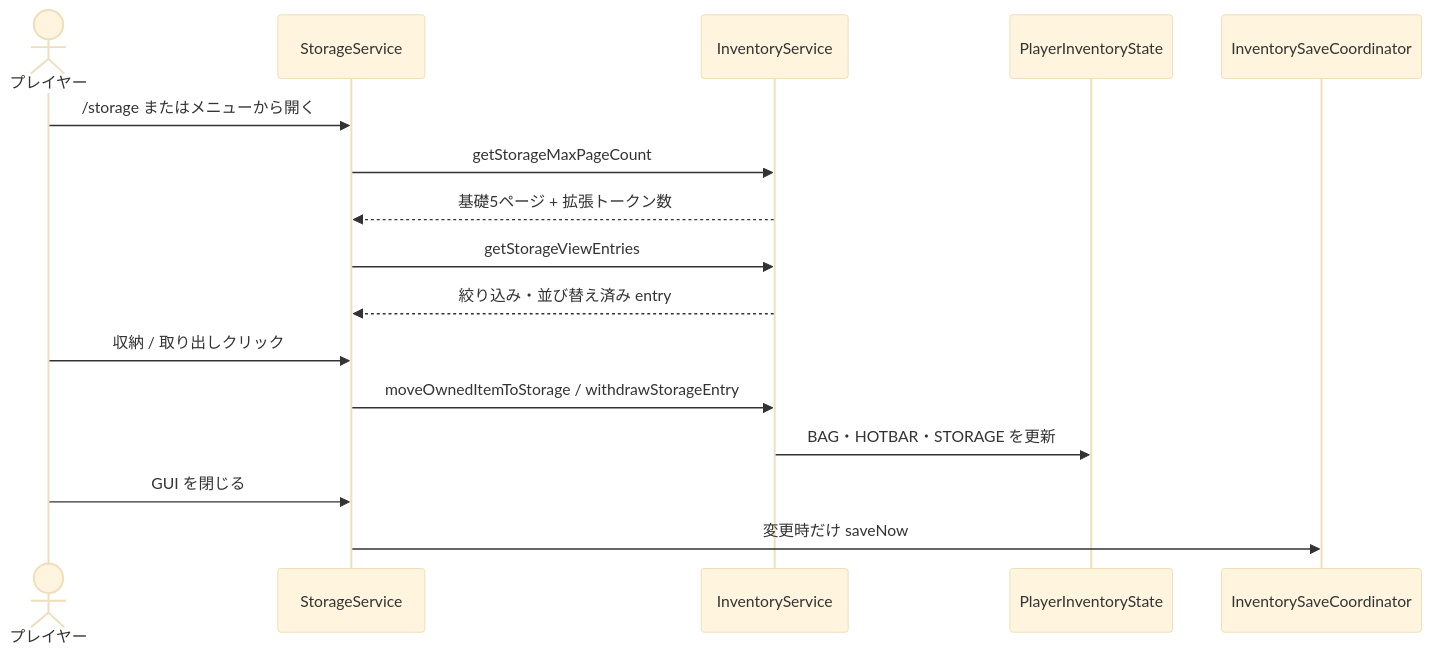
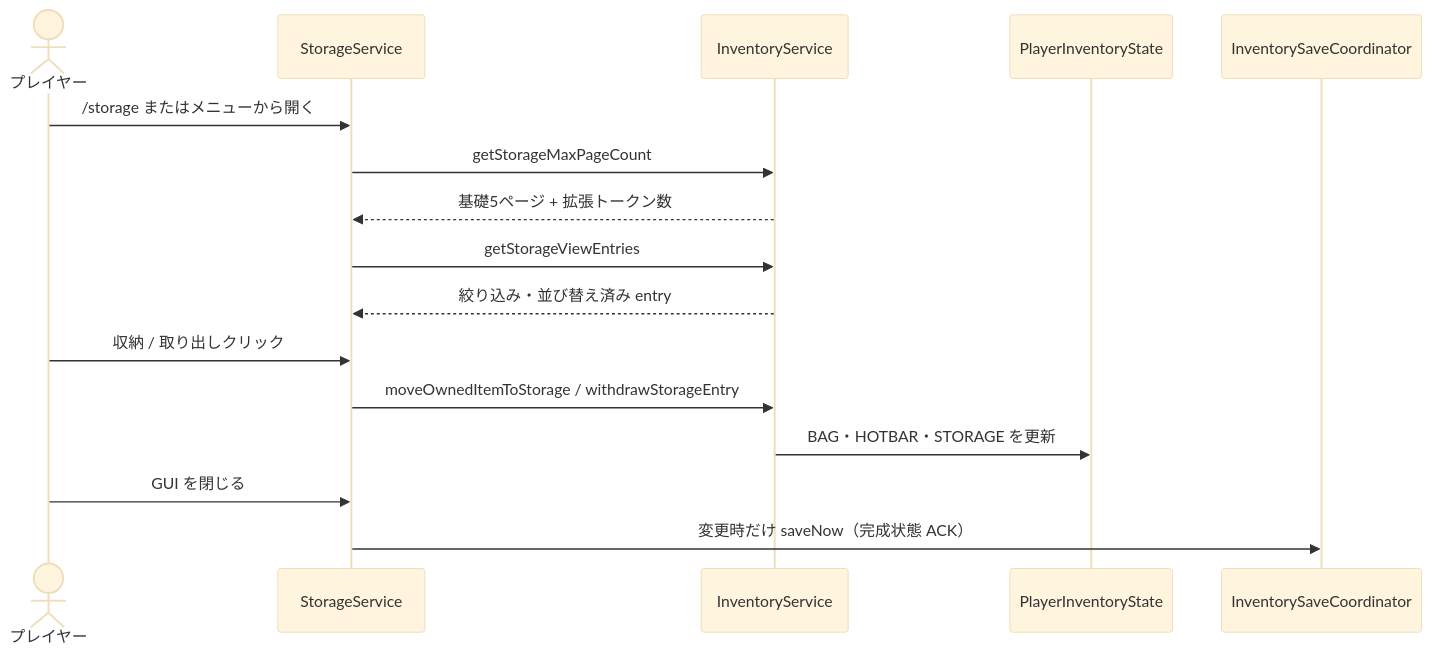
Before and after one commit to maaasu/AstralRecord-Workspace: the fourth of 4 diagrams in 00_docs/10_Plugin設計書/feature/08-inventory/08_4-統合フロー.md, drawn with Mermaid (base theme). The commit also changed other lines of this file and 213 other files, not shown here.

````diff
--- a/00_docs/10_Plugin設計書/feature/08-inventory/08_4-統合フロー.md
+++ b/00_docs/10_Plugin設計書/feature/08-inventory/08_4-統合フロー.md
@@ -108,19 +113,19 @@
 ```mermaid
 sequenceDiagram
     actor Player as プレイヤー
     participant Storage as StorageService
     participant Inventory as InventoryService
     participant State as PlayerInventoryState
     participant Coordinator as InventorySaveCoordinator
 
     Player->>Storage: /storage またはメニューから開く
     Storage->>Inventory: getStorageMaxPageCount
     Inventory-->>Storage: 基礎5ページ + 拡張トークン数
     Storage->>Inventory: getStorageViewEntries
     Inventory-->>Storage: 絞り込み・並び替え済み entry
     Player->>Storage: 収納 / 取り出しクリック
     Storage->>Inventory: moveOwnedItemToStorage / withdrawStorageEntry
     Inventory->>State: BAG・HOTBAR・STORAGE を更新
     Player->>Storage: GUI を閉じる
-    Storage->>Coordinator: 変更時だけ saveNow
+    Storage->>Coordinator: 変更時だけ saveNow（完成状態 ACK）
 ```
````
